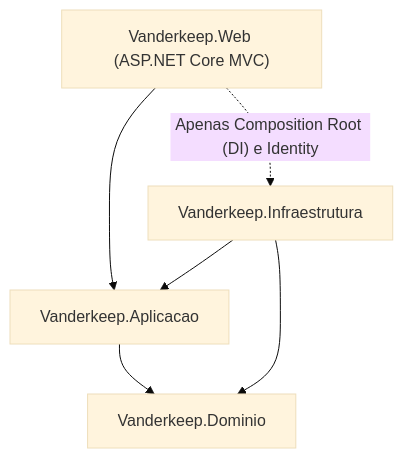
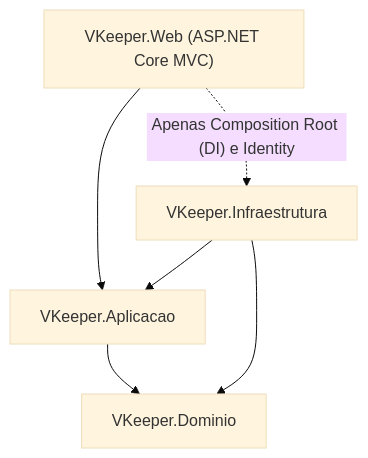
Before and after one commit to Vanderluizsj/VanderKeep: the first of 2 diagrams in docs/decisoes-tecnicas.md, drawn with Mermaid (base theme). The commit also changed other lines of this file and 189 other files, not shown here.

````diff
--- a/docs/decisoes-tecnicas.md
+++ b/docs/decisoes-tecnicas.md
@@ -119,8 +119,8 @@
 ```mermaid
 flowchart TD
-    Web["Vanderkeep.Web (ASP.NET Core MVC)"] --> App["Vanderkeep.Aplicacao"]
-    Web -.->|"Apenas Composition Root (DI) e Identity"| Infra["Vanderkeep.Infraestrutura"]
+    Web["VKeeper.Web (ASP.NET Core MVC)"] --> App["VKeeper.Aplicacao"]
+    Web -.->|"Apenas Composition Root (DI) e Identity"| Infra["VKeeper.Infraestrutura"]
     Infra --> App
-    Infra --> Domain["Vanderkeep.Dominio"]
+    Infra --> Domain["VKeeper.Dominio"]
     App --> Domain
 ```
````
